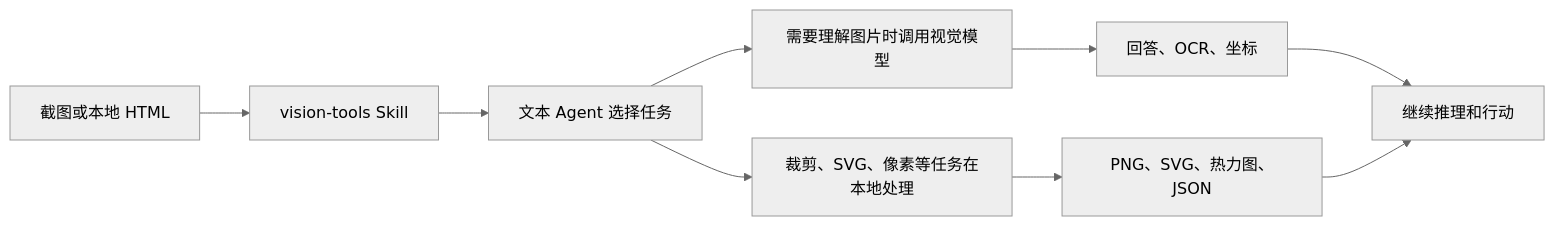
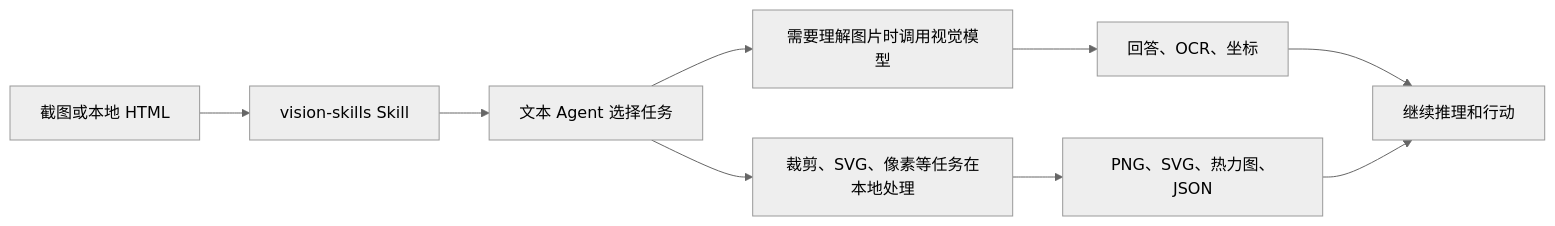
The diagram in README.zh.md (Anionex/dsh-vision-toolkit), drawn with Mermaid (neutral theme) before and after one commit. The commit also changed other lines of this file and 27 other files, not shown here.

Commit message:
feat(skill): rename bundled Skill from vision-tools to vision-skills

````diff
--- a/README.zh.md
+++ b/README.zh.md
@@ -204,11 +204,11 @@
 ```mermaid
 flowchart LR
-    Image["截图或本地 HTML"] --> Skill["vision-tools Skill"]
+    Image["截图或本地 HTML"] --> Skill["vision-skills Skill"]
     Skill --> Agent["文本 Agent 选择任务"]
     Agent --> Vision["需要理解图片时调用视觉模型"]
     Agent --> Local["裁剪、SVG、像素等任务在本地处理"]
     Vision --> Result["回答、OCR、坐标"]
     Local --> Artifact["PNG、SVG、热力图、JSON"]
     Result --> Session["继续推理和行动"]
     Artifact --> Session
 ```
````
